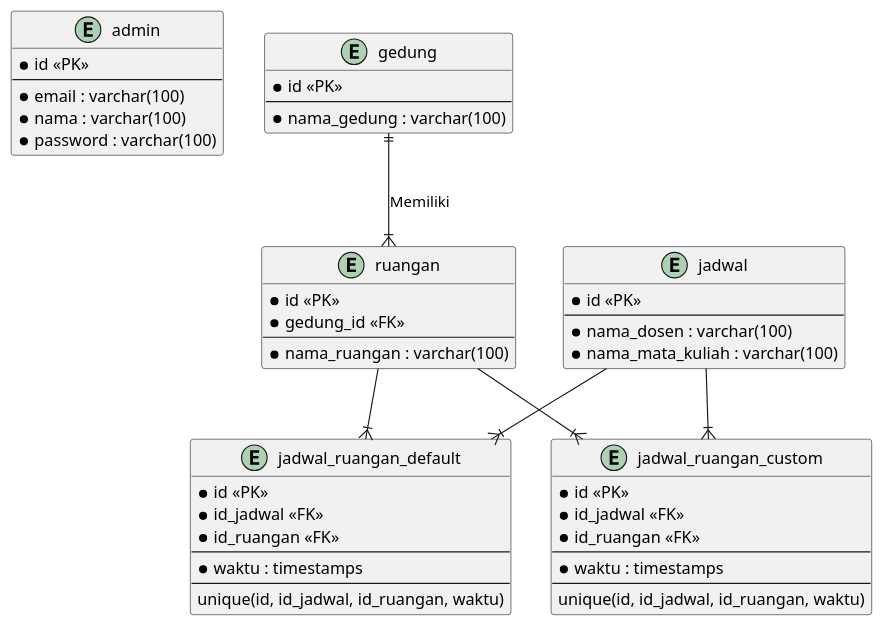
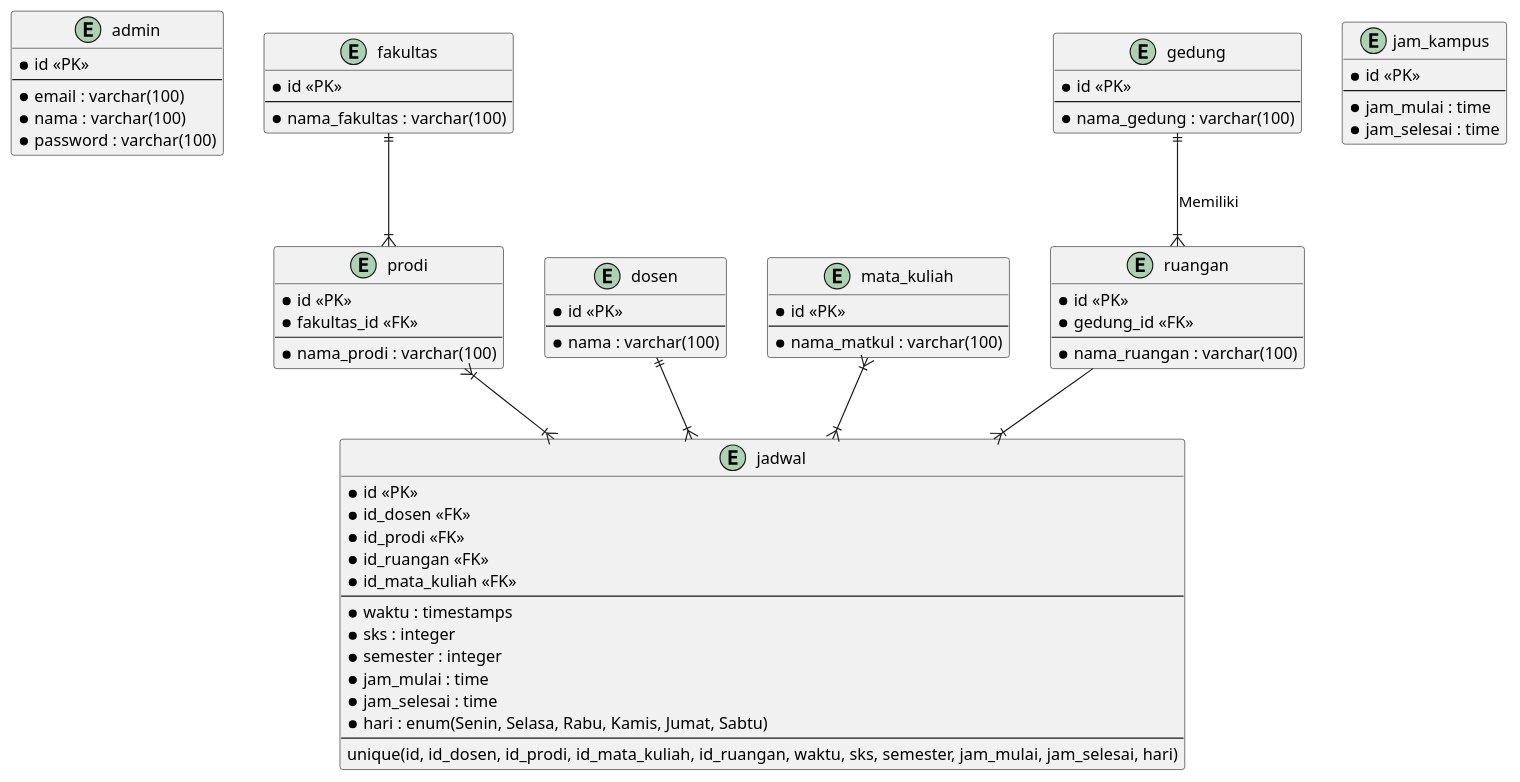
Before and after one commit to Ikhlashmulya/ucm: the diagram in docs/database/database.puml, drawn with PlantUML.

Commit message:
modify jadwal table and add jam_kampus table

```diff
--- a/docs/database/database.puml
+++ b/docs/database/database.puml
@@ -1,57 +1,81 @@
 @startuml database_ucm
 
 Entity admin {
     * id <<PK>>
     ---
     * email : varchar(100)
     * nama : varchar(100)
     * password : varchar(100)
+}
+
+Entity fakultas {
+    * id <<PK>>
+    ---
+    * nama_fakultas : varchar(100)
+}
+
+Entity prodi {
+    * id <<PK>>
+    * fakultas_id <<FK>>
+    ---
+    * nama_prodi : varchar(100)
+}
+
+Entity dosen {
+    * id <<PK>>
+    ---
+    * nama : varchar(100)
+}
+
+Entity mata_kuliah {
+    * id <<PK>>
+    ---
+    * nama_matkul : varchar(100)
+}
+
+Entity jam_kampus {
+    * id <<PK>>
+    --
+    * jam_mulai : time
+    * jam_selesai : time
 }
 
 Entity gedung {
     * id <<PK>>
     ---
     * nama_gedung : varchar(100)
 }
 
 Entity ruangan {
     * id <<PK>>
     * gedung_id <<FK>>
     ---
     * nama_ruangan : varchar(100)
 }
 
 Entity jadwal {
     * id <<PK>>
+    * id_dosen <<FK>>
+    * id_prodi <<FK>>
+    * id_ruangan <<FK>>
+    * id_mata_kuliah <<FK>>
     ---
-    * nama_dosen : varchar(100)
-    * nama_mata_kuliah : varchar(100)
+    * waktu : timestamps
+    * sks : integer
+    * semester : integer
+    * jam_mulai : time
+    * jam_selesai : time
+    * hari : enum(Senin, Selasa, Rabu, Kamis, Jumat, Sabtu)
+    ---
+    unique(id, id_dosen, id_prodi, id_mata_kuliah, id_ruangan, waktu, sks, semester, jam_mulai, jam_selesai, hari)
 }
 
-Entity jadwal_ruangan_default {
-    * id <<PK>>
-    * id_jadwal <<FK>>
-    * id_ruangan <<FK>>
-    ---
-    * waktu : timestamps
-    ---
-    unique(id, id_jadwal, id_ruangan, waktu)
-}
 
-Entity jadwal_ruangan_custom {
-    * id <<PK>>
-    * id_jadwal <<FK>>
-    * id_ruangan <<FK>>
-    ---
-    * waktu : timestamps
-    ---
-    unique(id, id_jadwal, id_ruangan, waktu)
-}
 
 gedung ||--|{ ruangan : "Memiliki"
-jadwal --|{ jadwal_ruangan_default
-ruangan --|{ jadwal_ruangan_default
-jadwal --|{ jadwal_ruangan_custom
-ruangan --|{ jadwal_ruangan_custom
-
+ruangan --|{ jadwal
+dosen ||--|{jadwal
+fakultas ||--|{ prodi
+prodi }|--|{jadwal
+mata_kuliah }|--|{ jadwal
 @enduml
```
